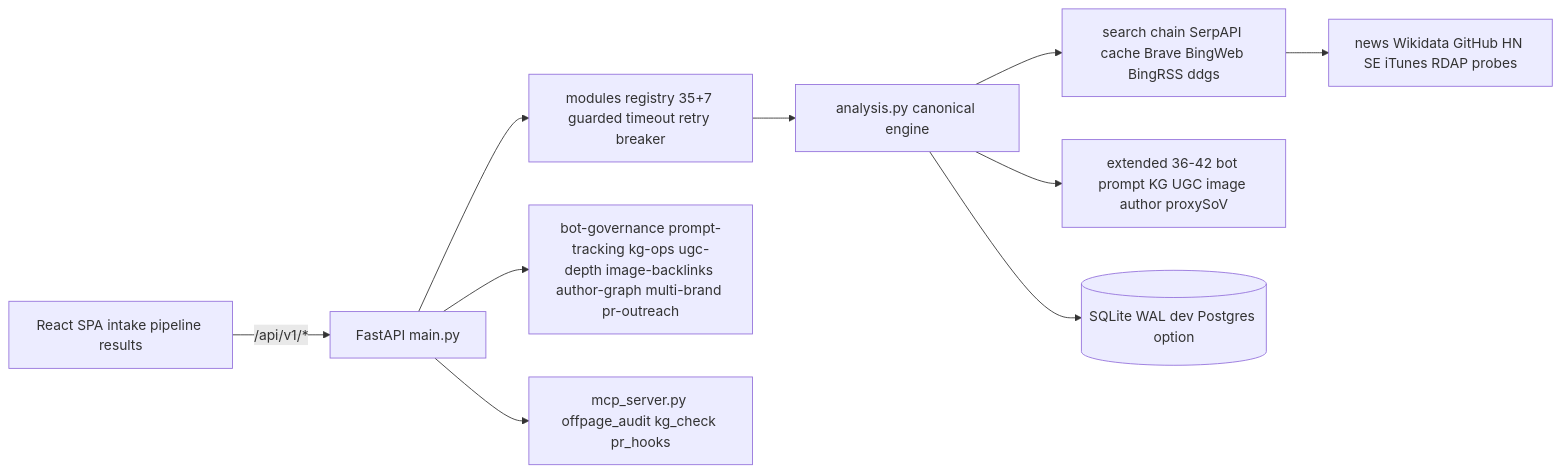
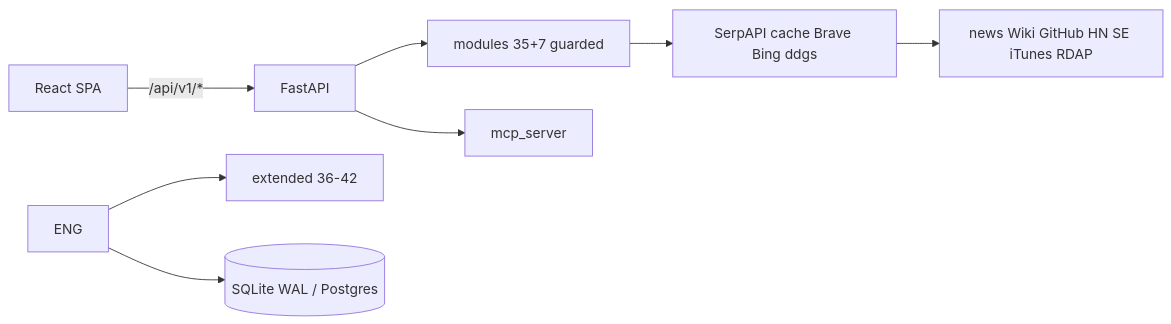
Before and after one commit to dipakjad1993/Complete-OFF-Page-SEO: the diagram in README.md, drawn with Mermaid. The commit also changed other lines of this file and 2 other files, not shown here.

First line of the commit message:
feat(autofill): deep sitemap crawl + TF-IDF + Wikidata/KG enrichment + README slim

````diff
--- a/README.md
+++ b/README.md
@@ -259,12 +146,10 @@
 ```mermaid
 flowchart LR
-  UI[React SPA intake pipeline results] -->|/api/v1/*| API[FastAPI main.py]
-  API --> MOD[modules registry 35+7 guarded timeout retry breaker]
-  MOD --> ENG[analysis.py canonical engine]
-  ENG --> SRC[search chain SerpAPI cache Brave BingWeb BingRSS ddgs]
-  SRC --> FREE[news Wikidata GitHub HN SE iTunes RDAP probes]
-  ENG --> EXT[extended 36-42 bot prompt KG UGC image author proxySoV]
-  API --> NEW[bot-governance prompt-tracking kg-ops ugc-depth image-backlinks author-graph multi-brand pr-outreach]
-  API --> MCP[mcp_server.py offpage_audit kg_check pr_hooks]
-  ENG --> DB[(SQLite WAL dev Postgres option)]
+  UI[React SPA] -->|/api/v1/*| API[FastAPI]
+  API --> MOD[modules 35+7 guarded]
+  MOD --> SRC[SerpAPI cache Brave Bing ddgs]
+  SRC --> FREE[news Wiki GitHub HN SE iTunes RDAP]
+  ENG --> EXT[extended 36-42]
+  API --> MCP[mcp_server]
+  ENG --> DB[(SQLite WAL / Postgres)]
 ```
````
